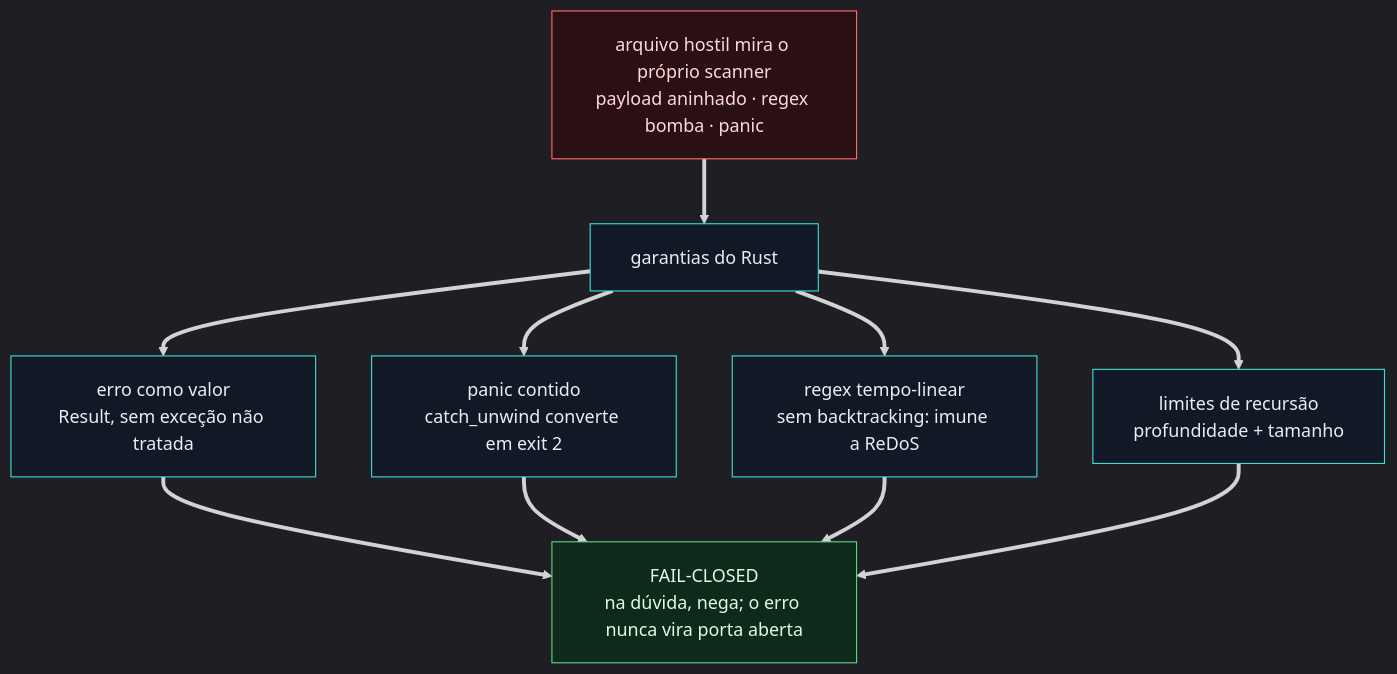
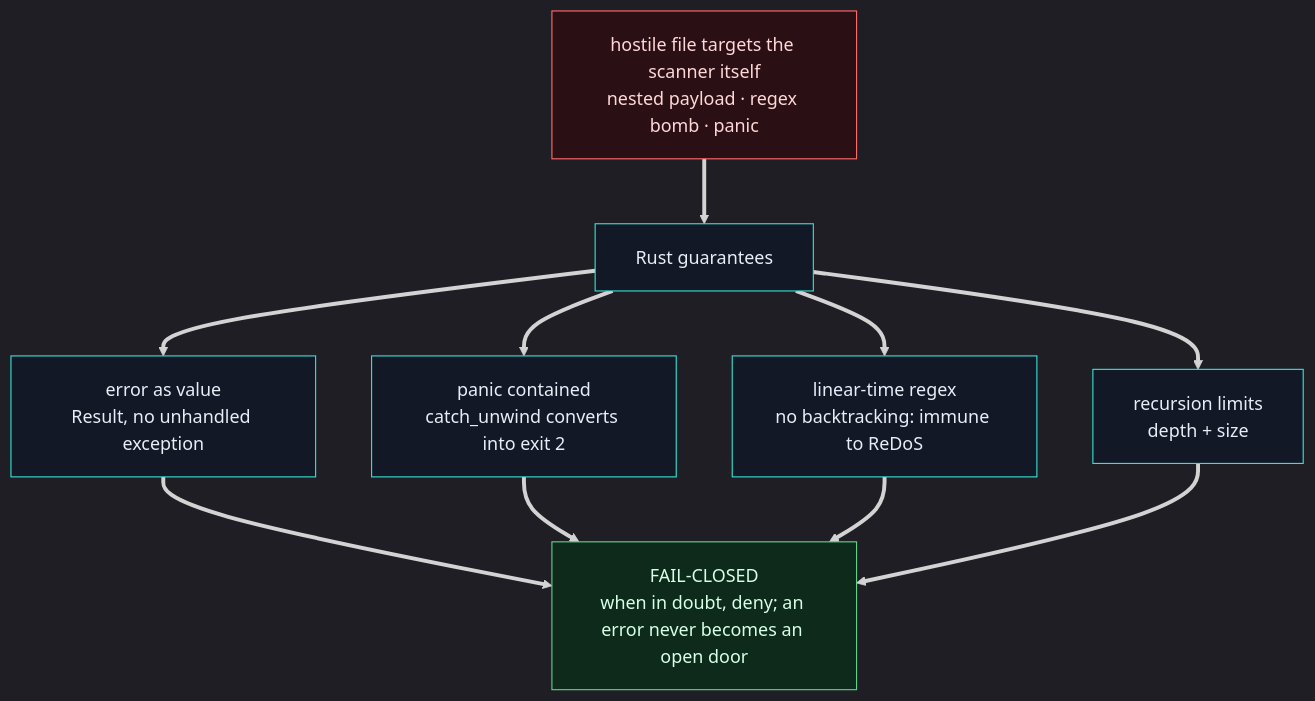
The diagram in onboarding/diagramas/4-rust-defesa.mmd (feryamaha/Nemesis_Defender_v0), drawn with Mermaid before and after one commit. The commit also changed 67 other files, not shown here.

```diff
--- a/onboarding/diagramas/4-rust-defesa.mmd
+++ b/onboarding/diagramas/4-rust-defesa.mmd
@@ -1,18 +1,18 @@
 %%{init: {"theme":"dark", "flowchart": {"htmlLabels": true, "curve": "basis", "padding": 18, "nodeSpacing": 50, "rankSpacing": 58}}}%%
 flowchart TB
-IN["arquivo hostil mira o próprio scanner<br/>payload aninhado · regex bomba · panic"] ==> R["garantias do Rust"]
-R ==> E1["erro como valor<br/>Result, sem exceção não tratada"]
-R ==> E2["panic contido<br/>catch_unwind converte em exit 2"]
-R ==> E3["regex tempo-linear<br/>sem backtracking: imune a ReDoS"]
-R ==> E4["limites de recursão<br/>profundidade + tamanho"]
-E1 ==> FC["FAIL-CLOSED<br/>na dúvida, nega; o erro nunca vira porta aberta"]
+IN["hostile file targets the scanner itself<br/>nested payload · regex bomb · panic"] ==> R["Rust guarantees"]
+R ==> E1["error as value<br/>Result, no unhandled exception"]
+R ==> E2["panic contained<br/>catch_unwind converts into exit 2"]
+R ==> E3["linear-time regex<br/>no backtracking: immune to ReDoS"]
+R ==> E4["recursion limits<br/>depth + size"]
+E1 ==> FC["FAIL-CLOSED<br/>when in doubt, deny; an error never becomes an open door"]
 E2 ==> FC
 E3 ==> FC
 E4 ==> FC
 
 classDef atk fill:#2a1014,stroke:#ff6b6b,color:#ffd7d7;
 classDef step fill:#121826,stroke:#38e1d3,color:#e8edf6;
 classDef fc fill:#0e2a1a,stroke:#5fd38a,color:#d7ffe6;
 class IN atk;
 class R,E1,E2,E3,E4 step;
 class FC fc;
```
